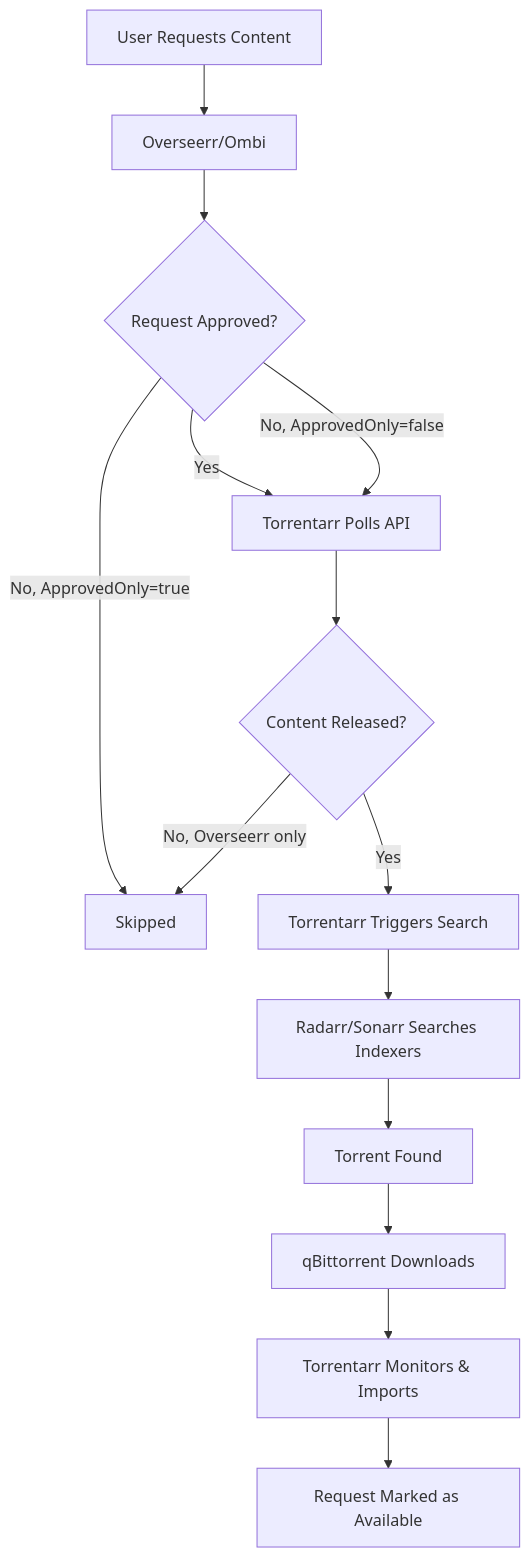
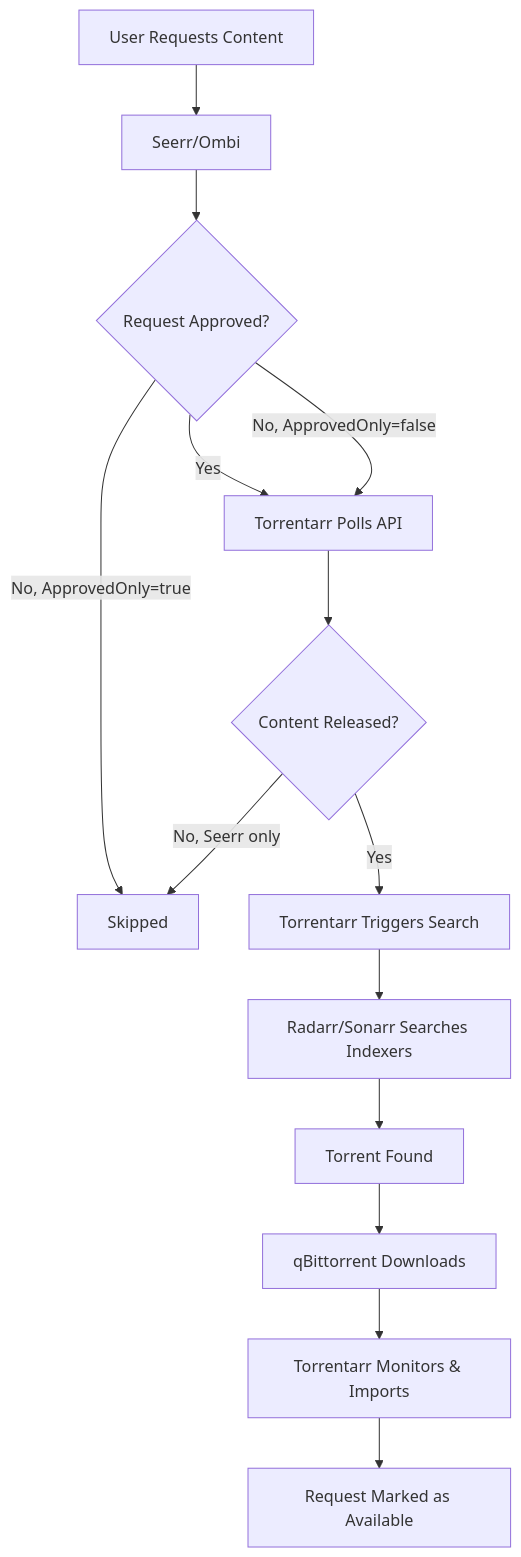
One commit to Feramance/Torrentarr changed the diagram in docs/features/request-integration.md. Above: the diagram before and after it, drawn with Mermaid. The commit also changed other lines of this file and 16 other files, not shown here.

````diff
--- a/docs/features/request-integration.md
+++ b/docs/features/request-integration.md
@@ -72,16 +74,16 @@
 ```mermaid
 graph TB
-    A[User Requests Content] --> B[Overseerr/Ombi]
+    A[User Requests Content] --> B[Seerr/Ombi]
     B --> C{Request Approved?}
     C -->|Yes| D[Torrentarr Polls API]
     C -->|No, ApprovedOnly=true| Z[Skipped]
     C -->|No, ApprovedOnly=false| D
     D --> E{Content Released?}
     E -->|Yes| F[Torrentarr Triggers Search]
-    E -->|No, Overseerr only| Z
+    E -->|No, Seerr only| Z
     F --> G[Radarr/Sonarr Searches Indexers]
     G --> H[Torrent Found]
     H --> I[qBittorrent Downloads]
     I --> J[Torrentarr Monitors & Imports]
     J --> K[Request Marked as Available]
 ```
````
